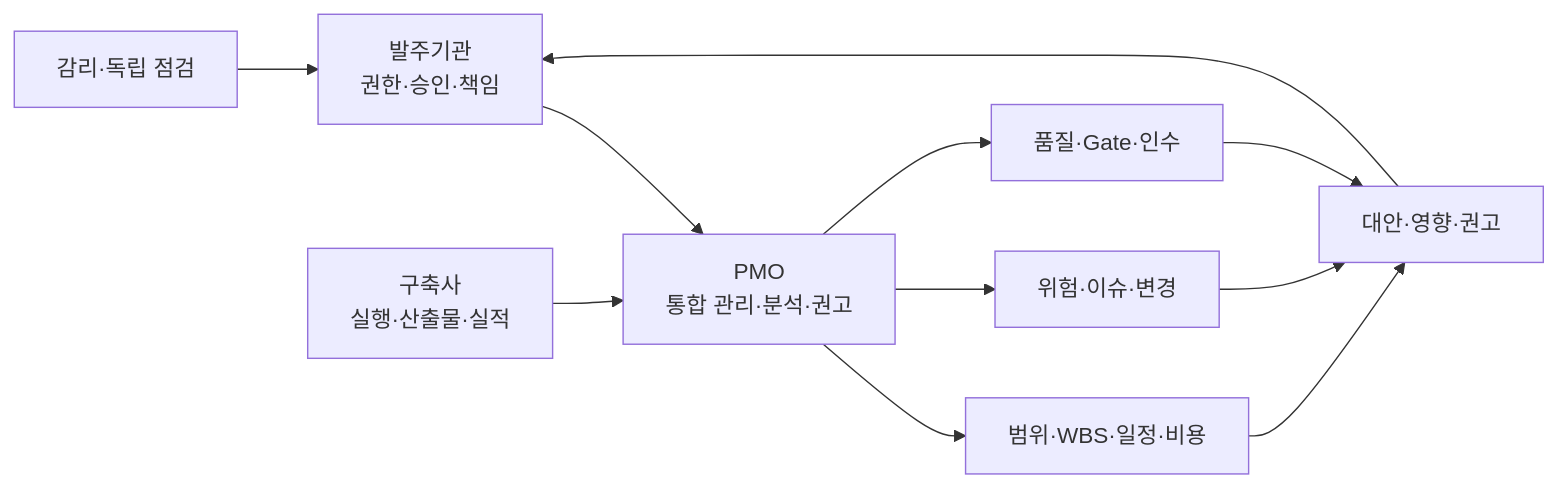
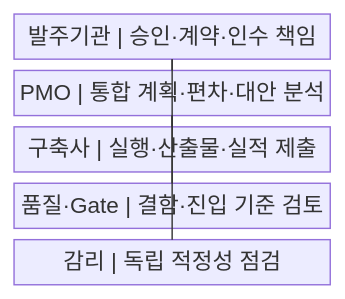
One commit to agnusdei1207/knowledge-base changed the first of 2 diagrams in src/content/docs/notes/03-software/191_pmo.md. Above: the diagram before and after it, drawn with Mermaid. The commit also changed other lines of this file and 20 other files, not shown here.

````diff
--- a/src/content/docs/notes/03-software/191_pmo.md
+++ b/src/content/docs/notes/03-software/191_pmo.md
@@ -56,13 +50,13 @@
 ```mermaid
-flowchart LR
-    O["발주기관<br/>권한·승인·책임"] --> P["PMO<br/>통합 관리·분석·권고"]
-    V["구축사<br/>실행·산출물·실적"] --> P
-    P --> B["범위·WBS·일정·비용"]
-    P --> R["위험·이슈·변경"]
-    P --> Q["품질·Gate·인수"]
-    B --> D["대안·영향·권고"]
-    R --> D
-    Q --> D
-    D --> O
-    A["감리·독립 점검"] --> O
+block
+    columns 1
+    A["발주기관 | 승인·계약·인수 책임"]
+    B["PMO | 통합 계획·편차·대안 분석"]
+    C["구축사 | 실행·산출물·실적 제출"]
+    D["품질·Gate | 결함·진입 기준 검토"]
+    E["감리 | 독립 적정성 점검"]
+    A --- B
+    B --- C
+    B --- D
+    A --- E
 ```
````
